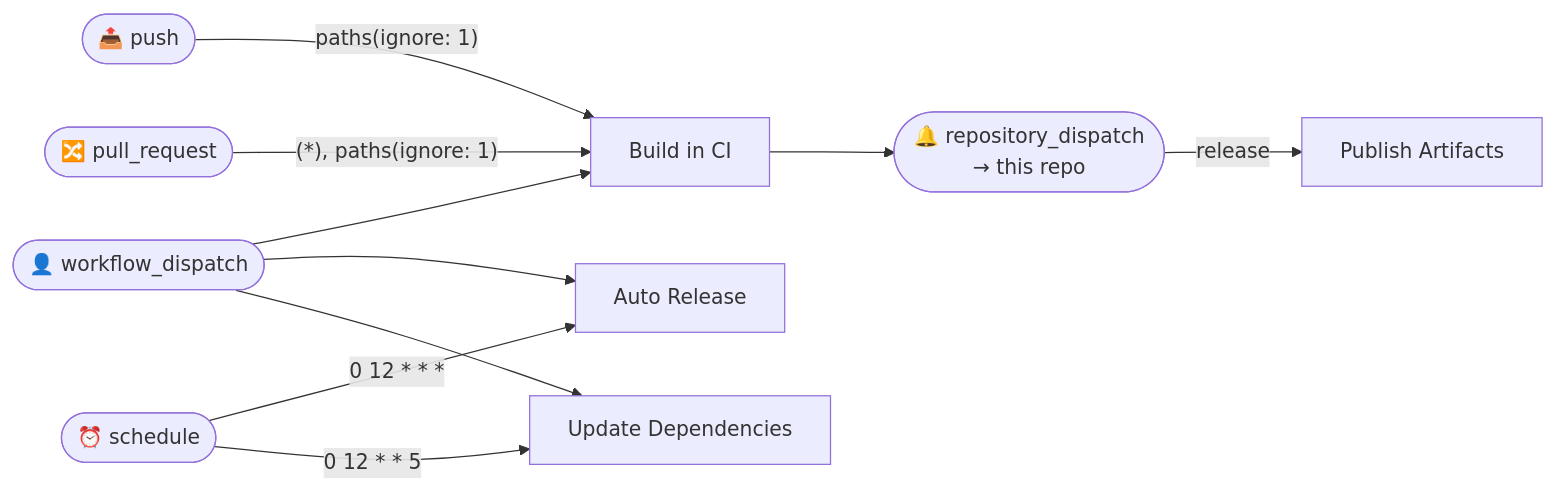
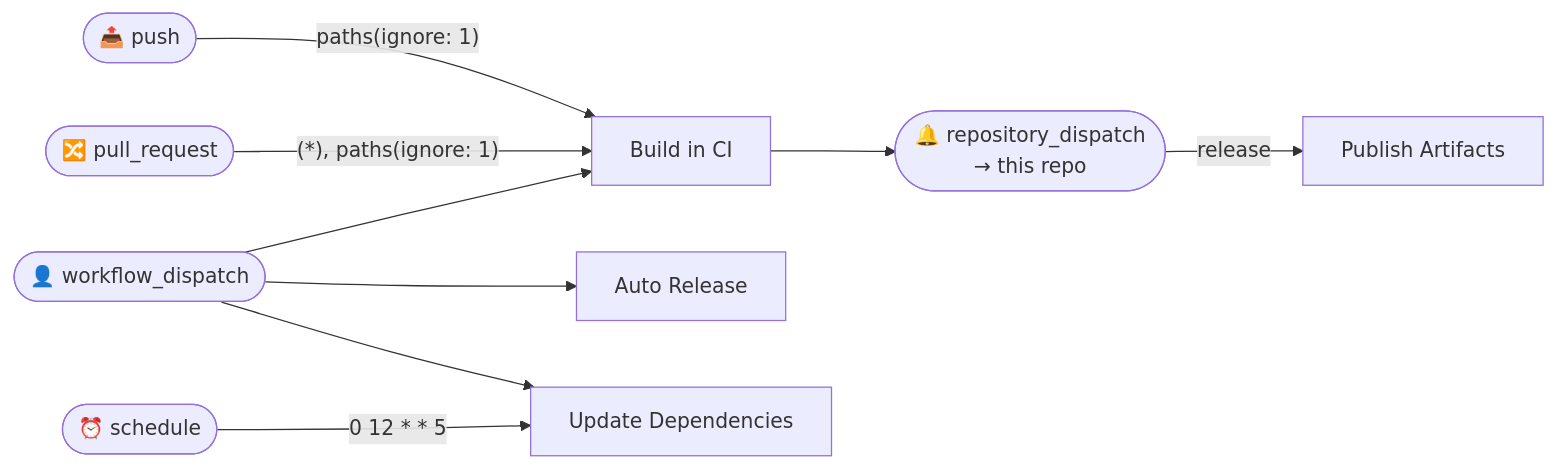
One commit to http4k/typeflows changed the diagram in .github/typeflows/README.md. Above: the diagram before and after it, drawn with Mermaid. The commit also changed 3 other files, not shown here.

````diff
--- a/.github/typeflows/README.md
+++ b/.github/typeflows/README.md
@@ -3,21 +3,20 @@
 ```mermaid
 flowchart LR
     workflowdispatch(["👤 workflow_dispatch"])
     push(["📤 push"])
     pullrequest(["🔀 pull_request"])
     schedule(["⏰ schedule"])
     repositorydispatchgithubrepository(["🔔 repository_dispatch<br/>→ this repo"])
     buildyml["Build in CI"]
     uploadreleaseyml["Publish Artifacts"]
     autoreleaseyml["Auto Release"]
     updatedependenciesyml["Update Dependencies"]
     workflowdispatch --> buildyml
     workflowdispatch --> autoreleaseyml
     workflowdispatch --> updatedependenciesyml
     push -->|"paths(ignore: 1)"|buildyml
     pullrequest -->|"(*), paths(ignore: 1)"|buildyml
-    schedule -->|"0 12 * * *"|autoreleaseyml
     schedule -->|"0 12 * * 5"|updatedependenciesyml
     buildyml --> repositorydispatchgithubrepository
     repositorydispatchgithubrepository -->|"release"|uploadreleaseyml
 ```
````
